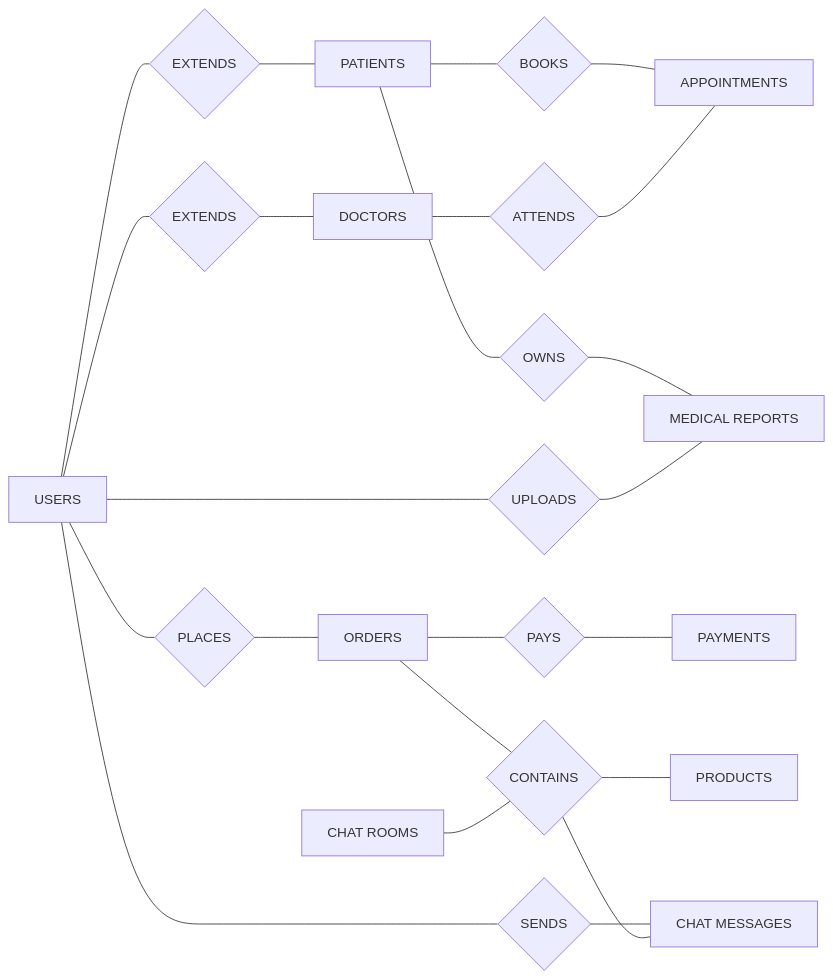
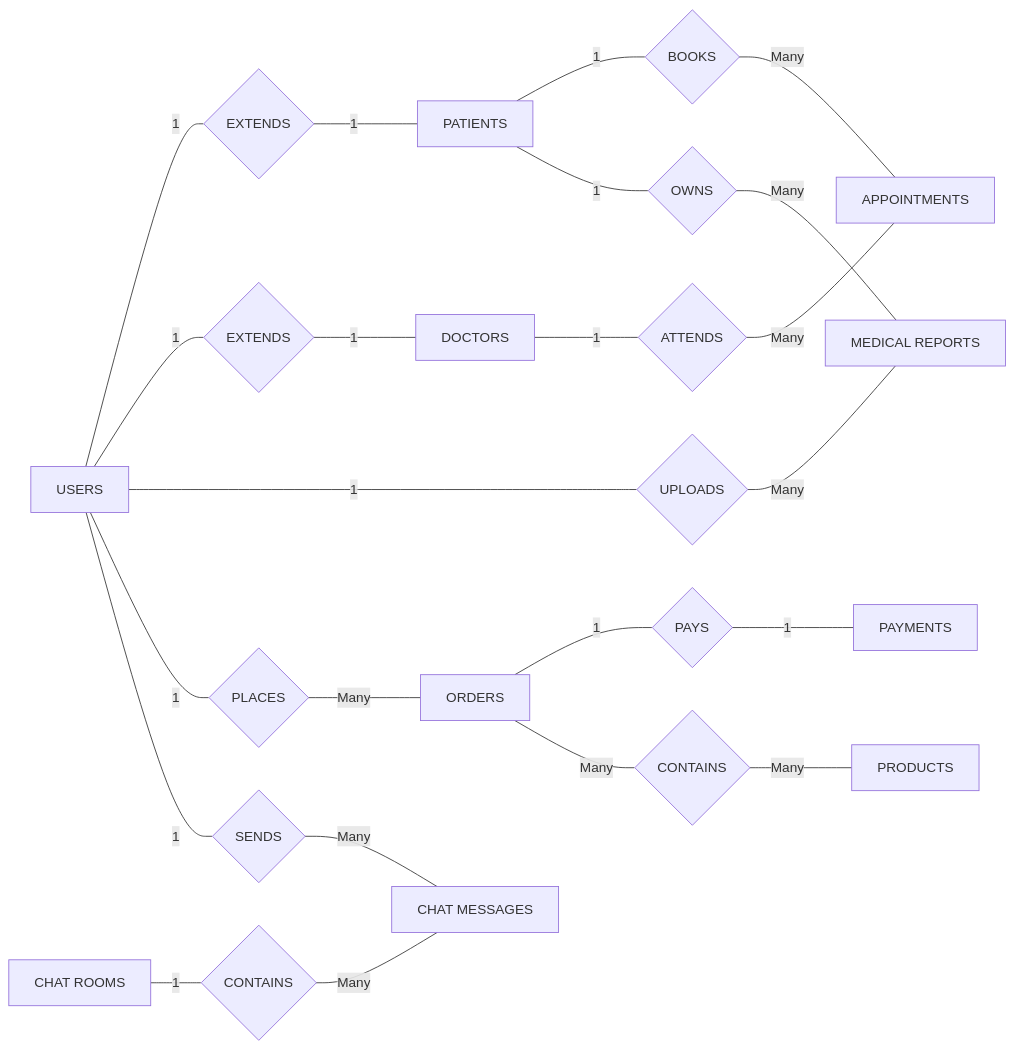
The diagram in ENTITY-RELATION.md (arif-z04/Learning-Progress-of-Development), drawn with Mermaid before and after one commit.

````diff
--- a/ENTITY-RELATION.md
+++ b/ENTITY-RELATION.md
@@ -1,70 +1,65 @@
 ```mermaid
 flowchart LR
 
     %% Entities (Rectangles)
     USERS[USERS]
     PATIENTS[PATIENTS]
     DOCTORS[DOCTORS]
     APPOINTMENTS[APPOINTMENTS]
     MEDICALREPORTS[MEDICAL REPORTS]
     PRODUCTS[PRODUCTS]
     ORDERS[ORDERS]
     PAYMENTS[PAYMENTS]
     CHATROOMS[CHAT ROOMS]
     CHATMESSAGES[CHAT MESSAGES]
 
-
     %% Relationships (Diamonds)
     EXTENDS1{EXTENDS}
     EXTENDS2{EXTENDS}
     BOOKS{BOOKS}
     OWNS{OWNS}
     ATTENDS{ATTENDS}
     UPLOADS{UPLOADS}
     PLACES{PLACES}
     PAYS{PAYS}
-    CONTAINS{CONTAINS}
+    CONTAINS1{CONTAINS}
+    CONTAINS2{CONTAINS}
     SENDS{SENDS}
 
+    %% Relationships with Cardinality
 
-    %% Relationships
-    USERS --- EXTENDS1
-    EXTENDS1 --- PATIENTS
+    USERS -- "1" --- EXTENDS1
+    EXTENDS1 -- "1" --- PATIENTS
 
-    USERS --- EXTENDS2
-    EXTENDS2 --- DOCTORS
+    USERS -- "1" --- EXTENDS2
+    EXTENDS2 -- "1" --- DOCTORS
+
+    PATIENTS -- "1" --- BOOKS
+    BOOKS -- "Many" --- APPOINTMENTS
+
+    DOCTORS -- "1" --- ATTENDS
+    ATTENDS -- "Many" --- APPOINTMENTS
+
+    PATIENTS -- "1" --- OWNS
+    OWNS -- "Many" --- MEDICALREPORTS
+
+    USERS -- "1" --- UPLOADS
+    UPLOADS -- "Many" --- MEDICALREPORTS
+
+    USERS -- "1" --- PLACES
+    PLACES -- "Many" --- ORDERS
+
+    ORDERS -- "1" --- PAYS
+    PAYS -- "1" --- PAYMENTS
+
+    ORDERS -- "Many" --- CONTAINS1
+    CONTAINS1 -- "Many" --- PRODUCTS
+
+    USERS -- "1" --- SENDS
+    SENDS -- "Many" --- CHATMESSAGES
+
+    CHATROOMS -- "1" --- CONTAINS2
+    CONTAINS2 -- "Many" --- CHATMESSAGES
 
 
-    PATIENTS --- BOOKS
-    BOOKS --- APPOINTMENTS
-
-    DOCTORS --- ATTENDS
-    ATTENDS --- APPOINTMENTS
-
-
-    PATIENTS --- OWNS
-    OWNS --- MEDICALREPORTS
-
-    USERS --- UPLOADS
-    UPLOADS --- MEDICALREPORTS
-
-
-    USERS --- PLACES
-    PLACES --- ORDERS
-
-
-    ORDERS --- PAYS
-    PAYS --- PAYMENTS
-
-
-    ORDERS --- CONTAINS
-    CONTAINS --- PRODUCTS
-
-
-    USERS --- SENDS
-    SENDS --- CHATMESSAGES
-
-    CHATROOMS --- CONTAINS
-    CONTAINS --- CHATMESSAGES
-    
 ```
````
